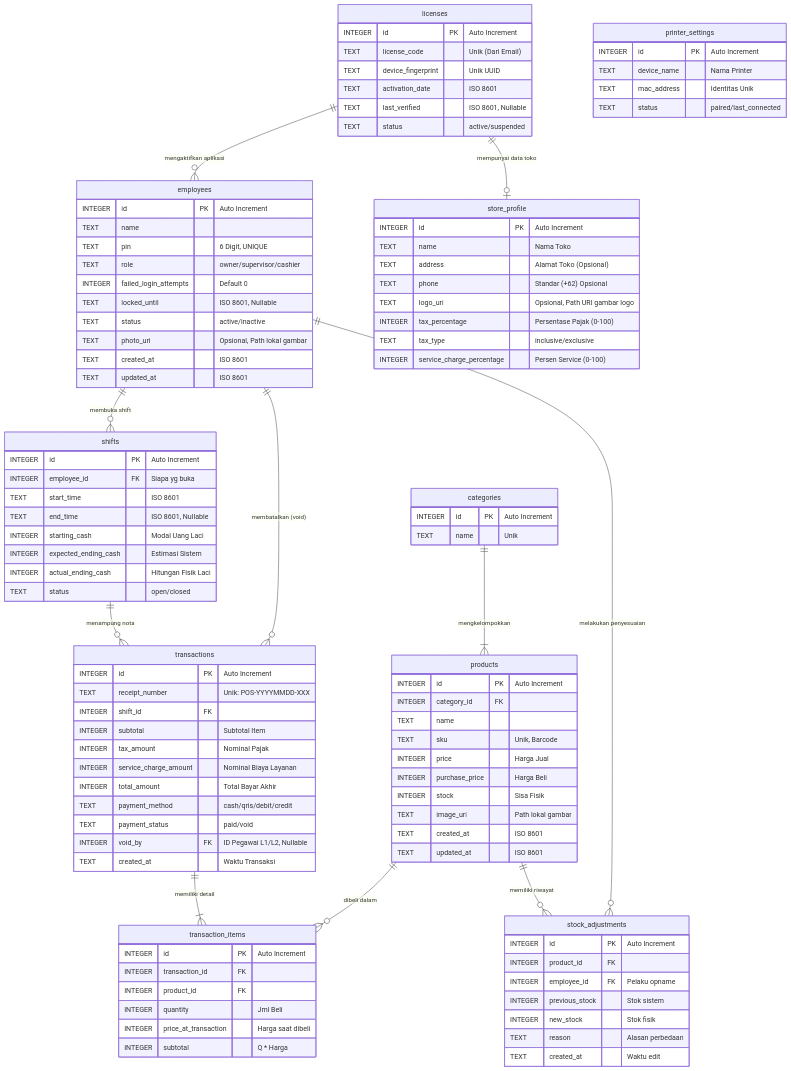
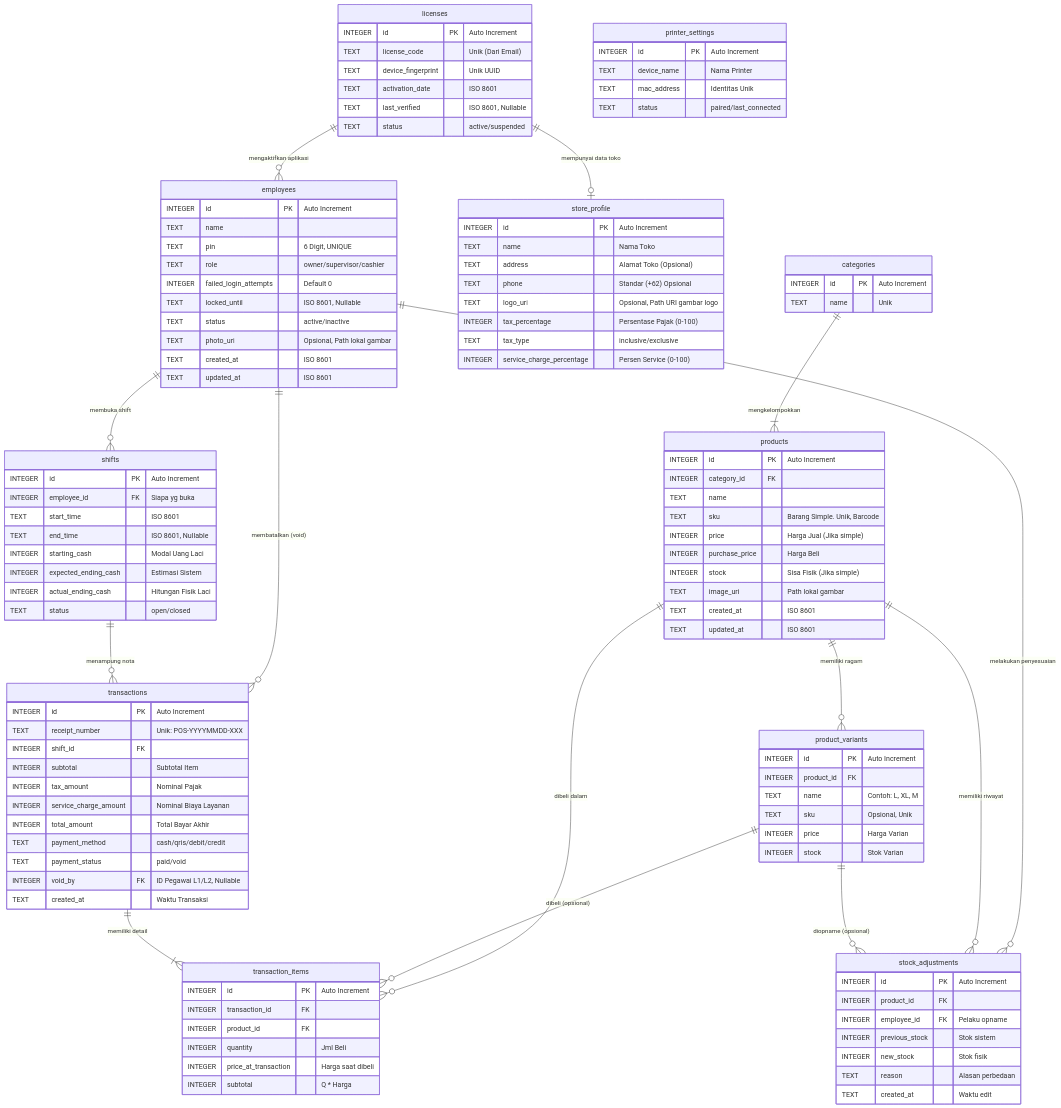
One commit to wahyukurniaaaa/pos-saas changed the diagram in erd_posify.md. Above: the diagram before and after it, drawn with Mermaid. The commit also changed other lines of this file and 3 other files, not shown here.

```diff
--- a/erd_posify.md
+++ b/erd_posify.md
@@ -20,6 +20,9 @@
     
     products ||--o{ stock_adjustments : "memiliki riwayat"
     products ||--o{ transaction_items : "dibeli dalam"
+    products ||--o{ product_variants : "memiliki ragam"
+    product_variants ||--o{ transaction_items : "dibeli (opsional)"
+    product_variants ||--o{ stock_adjustments : "diopname (opsional)"
     
     transactions ||--|{ transaction_items : "memiliki detail"
 
@@ -67,13 +70,22 @@
         INTEGER id PK "Auto Increment"
         INTEGER category_id FK 
         TEXT name 
-        TEXT sku "Unik, Barcode"
-        INTEGER price "Harga Jual"
+        TEXT sku "Barang Simple. Unik, Barcode"
+        INTEGER price "Harga Jual (Jika simple)"
         INTEGER purchase_price "Harga Beli"
-        INTEGER stock "Sisa Fisik"
+        INTEGER stock "Sisa Fisik (Jika simple)"
         TEXT image_uri "Path lokal gambar"
         TEXT created_at "ISO 8601"
         TEXT updated_at "ISO 8601"
+    }
+
+    product_variants {
+        INTEGER id PK "Auto Increment"
+        INTEGER product_id FK
+        TEXT name "Contoh: L, XL, M"
+        TEXT sku "Opsional, Unik"
+        INTEGER price "Harga Varian"
+        INTEGER stock "Stok Varian"
     }
 
     shifts {
```
